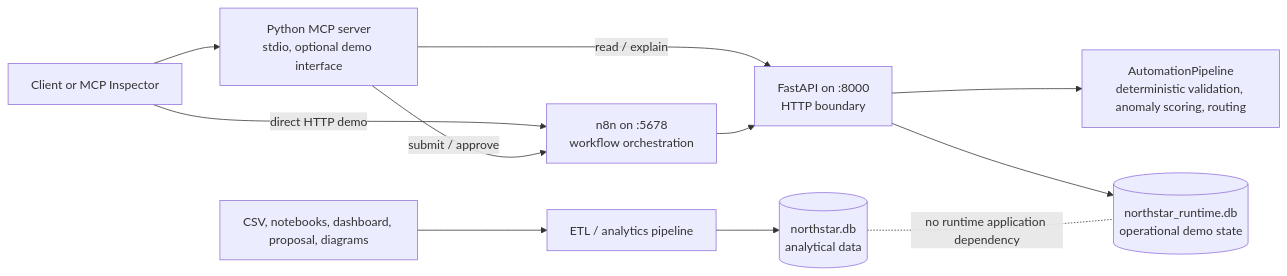
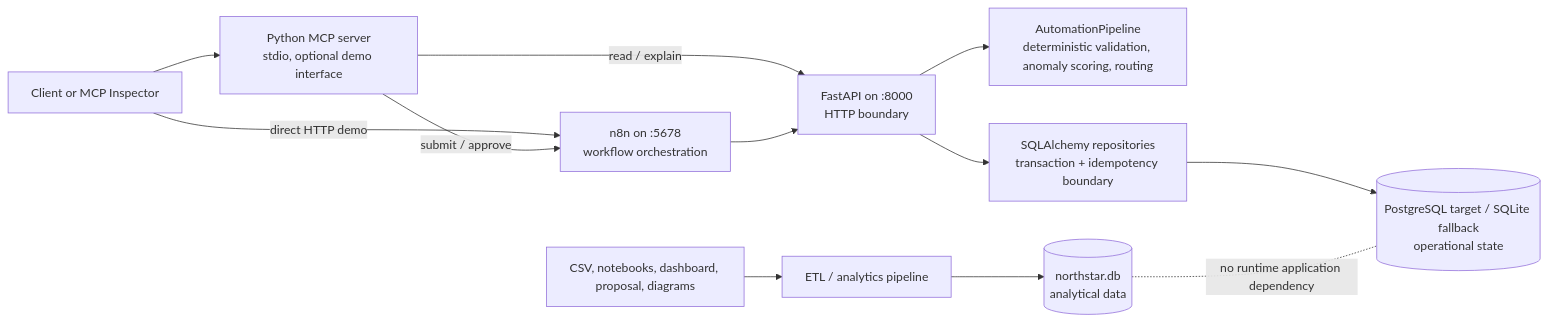
The diagram in docs/architecture/CURRENT_STATE.md (tusharg007/northstar-workload-optimizer), drawn with Mermaid before and after one commit. The commit also changed other lines of this file and 24 other files, not shown here.

Commit message:
feat: add PostgreSQL operational persistence foundation

````diff
--- a/docs/architecture/CURRENT_STATE.md
+++ b/docs/architecture/CURRENT_STATE.md
@@ -11,23 +11,25 @@
 ```mermaid
 flowchart LR
     Client["Client or MCP Inspector"]
     MCP["Python MCP server\nstdio, optional demo interface"]
     N8N["n8n on :5678\nworkflow orchestration"]
     API["FastAPI on :8000\nHTTP boundary"]
     Domain["AutomationPipeline\ndeterministic validation, anomaly scoring, routing"]
-    Runtime[("northstar_runtime.db\noperational demo state")]
+    Repository["SQLAlchemy repositories\ntransaction + idempotency boundary"]
+    Runtime[("PostgreSQL target / SQLite fallback\noperational state")]
     ETL["ETL / analytics pipeline"]
     Analytics[("northstar.db\nanalytical data")]
     Assets["CSV, notebooks, dashboard, proposal, diagrams"]
 
     Client -->|direct HTTP demo| N8N
     Client --> MCP
     MCP -->|submit / approve| N8N
     MCP -->|read / explain| API
     N8N --> API
     API --> Domain
-    API --> Runtime
+    API --> Repository
+    Repository --> Runtime
     ETL --> Analytics
     Assets --> ETL
     Analytics -. no runtime application dependency .- Runtime
 ```
````
